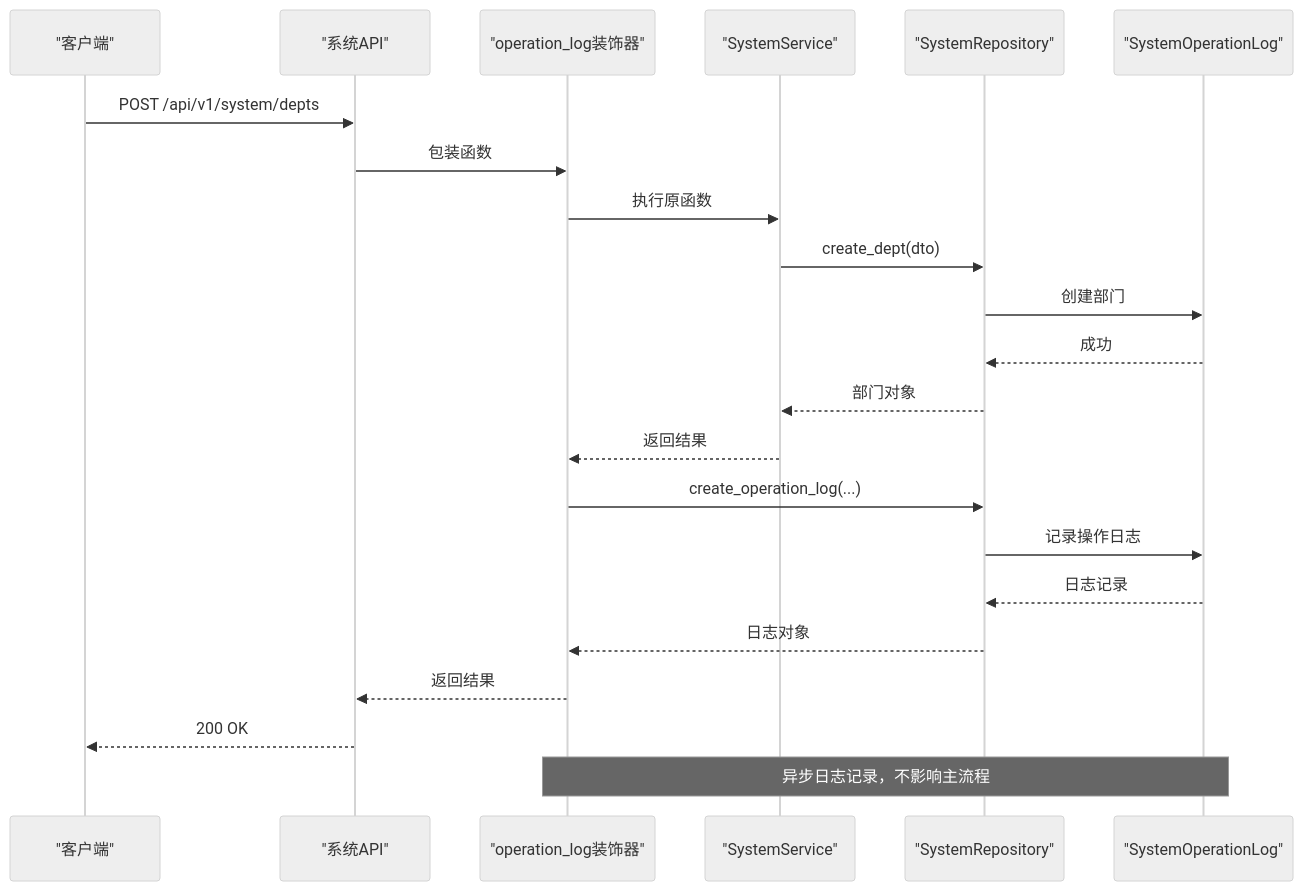
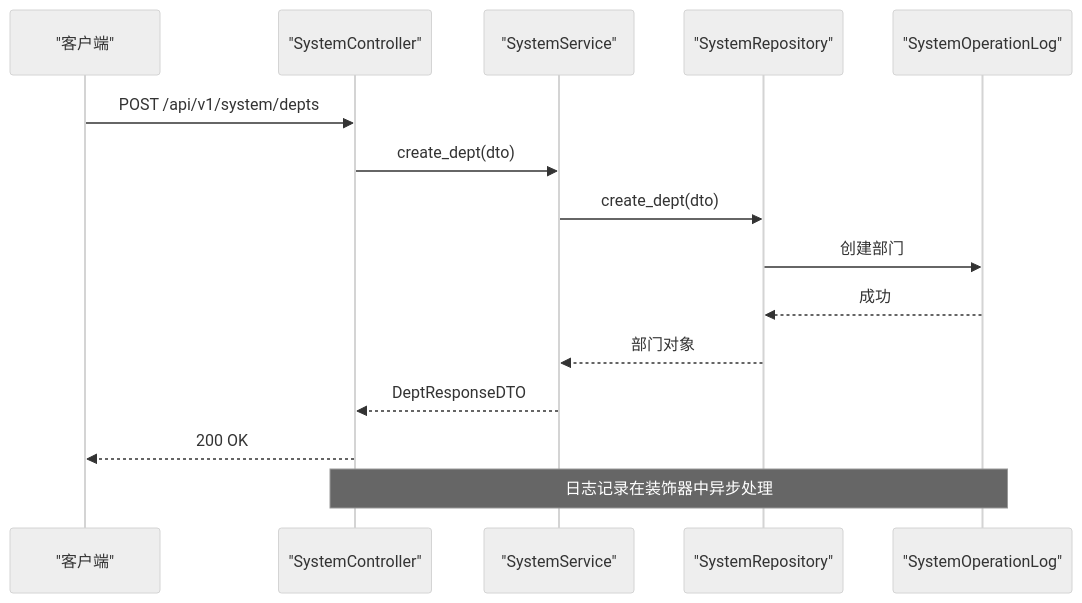
Before and after one commit to taoweidong/Hello-Django-Ninja-Api: the tenth of 14 diagrams in .qoder/repowiki/zh/content/API 接口文档/系统管理接口.md, drawn with Mermaid (neutral theme). The commit also changed other lines of this file and 7 other files, not shown here.

````diff
--- a/.qoder/repowiki/zh/content/API 接口文档/系统管理接口.md
+++ b/.qoder/repowiki/zh/content/API 接口文档/系统管理接口.md
@@ -547,24 +625,17 @@
 ```mermaid
 sequenceDiagram
 participant Client as "客户端"
-participant API as "系统API"
-participant Decorator as "operation_log装饰器"
+participant Controller as "SystemController"
 participant Service as "SystemService"
 participant Repo as "SystemRepository"
 participant Model as "SystemOperationLog"
-Client->>API : POST /api/v1/system/depts
-API->>Decorator : 包装函数
-Decorator->>Service : 执行原函数
+Client->>Controller : POST /api/v1/system/depts
+Controller->>Service : create_dept(dto)
 Service->>Repo : create_dept(dto)
 Repo->>Model : 创建部门
 Model-->>Repo : 成功
 Repo-->>Service : 部门对象
-Service-->>Decorator : 返回结果
-Decorator->>Repo : create_operation_log(...)
-Repo->>Model : 记录操作日志
-Model-->>Repo : 日志记录
-Repo-->>Decorator : 日志对象
-Decorator-->>API : 返回结果
-API-->>Client : 200 OK
-Note over Decorator,Model : 异步日志记录，不影响主流程
+Service-->>Controller : DeptResponseDTO
+Controller-->>Client : 200 OK
+Note over Controller,Model : 日志记录在装饰器中异步处理
 ```
````
